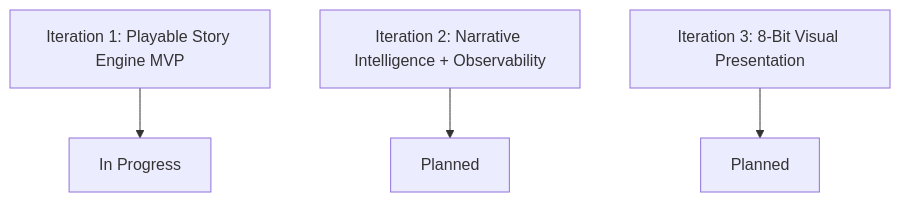
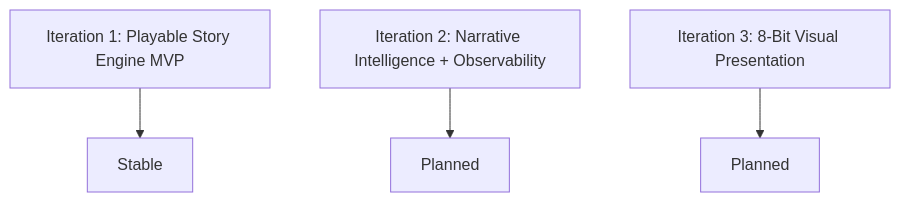
One commit to aamir-nus/lumina-quest changed the second of 3 diagrams in README.md. Above: the diagram before and after it, drawn with Mermaid. The commit also changed other lines of this file and 3 other files, not shown here.

First line of the commit message:
update -- finalize iteration-1 stable handoff docs

````diff
--- a/README.md
+++ b/README.md
@@ -20,6 +20,6 @@
 ```mermaid
 flowchart TD
-  I1["Iteration 1: Playable Story Engine MVP"] --> S1["In Progress"]
+  I1["Iteration 1: Playable Story Engine MVP"] --> S1["Stable"]
   I2["Iteration 2: Narrative Intelligence + Observability"] --> S2["Planned"]
   I3["Iteration 3: 8-Bit Visual Presentation"] --> S3["Planned"]
 ```
````
